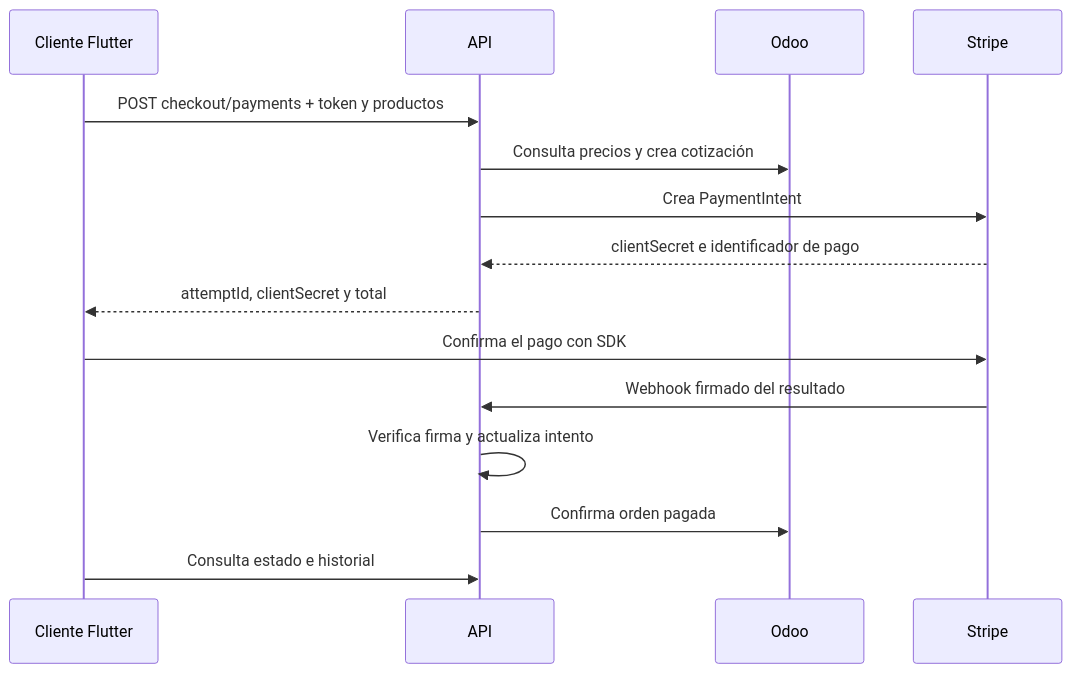
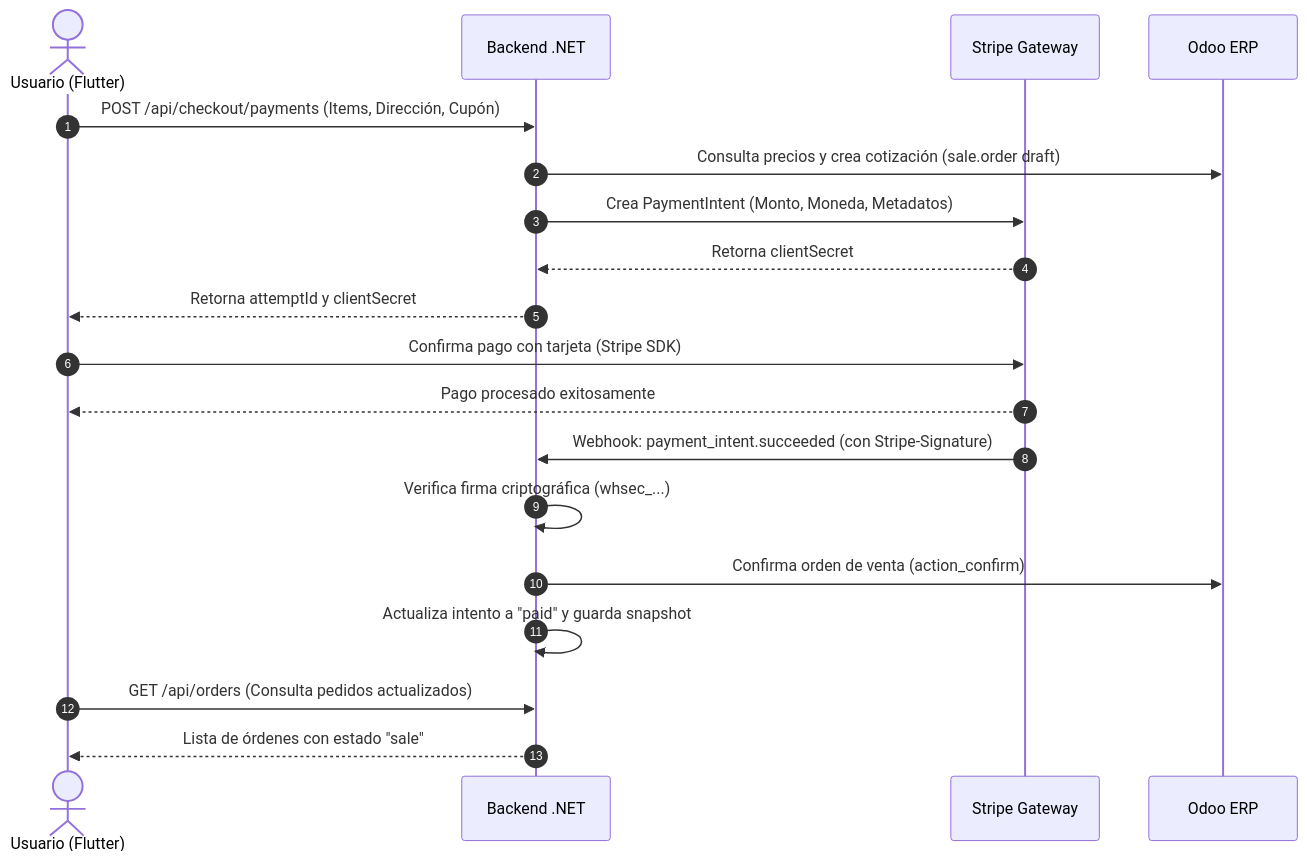
One commit to JuanVillarrealWt/Ecommerce changed the second of 2 diagrams in docs/arquitectura.md. Above: the diagram before and after it, drawn with Mermaid. The commit also changed other lines of this file and 29 other files, not shown here.

````diff
--- a/docs/arquitectura.md
+++ b/docs/arquitectura.md
@@ -63,17 +93,22 @@
 ```mermaid
 sequenceDiagram
-  participant U as Cliente Flutter
-  participant A as API
-  participant O as Odoo
-  participant S as Stripe
-  U->>A: POST checkout/payments + token y productos
-  A->>O: Consulta precios y crea cotización
-  A->>S: Crea PaymentIntent
-  S-->>A: clientSecret e identificador de pago
-  A-->>U: attemptId, clientSecret y total
-  U->>S: Confirma el pago con SDK
-  S->>A: Webhook firmado del resultado
-  A->>A: Verifica firma y actualiza intento
-  A->>O: Confirma orden pagada
-  U->>A: Consulta estado e historial
+    autonumber
+    actor Cliente as Usuario (Flutter)
+    participant API as Backend .NET
+    participant Stripe as Stripe Gateway
+    participant Odoo as Odoo ERP
+
+    Cliente->>API: POST /api/checkout/payments (Items, Dirección, Cupón)
+    API->>Odoo: Consulta precios y crea cotización (sale.order draft)
+    API->>Stripe: Crea PaymentIntent (Monto, Moneda, Metadatos)
+    Stripe-->>API: Retorna clientSecret
+    API-->>Cliente: Retorna attemptId y clientSecret
+    Cliente->>Stripe: Confirma pago con tarjeta (Stripe SDK)
+    Stripe-->>Cliente: Pago procesado exitosamente
+    Stripe->>API: Webhook: payment_intent.succeeded (con Stripe-Signature)
+    API->>API: Verifica firma criptográfica (whsec_...)
+    API->>Odoo: Confirma orden de venta (action_confirm)
+    API->>API: Actualiza intento a "paid" y guarda snapshot
+    Cliente->>API: GET /api/orders (Consulta pedidos actualizados)
+    API-->>Cliente: Lista de órdenes con estado "sale"
 ```
````
